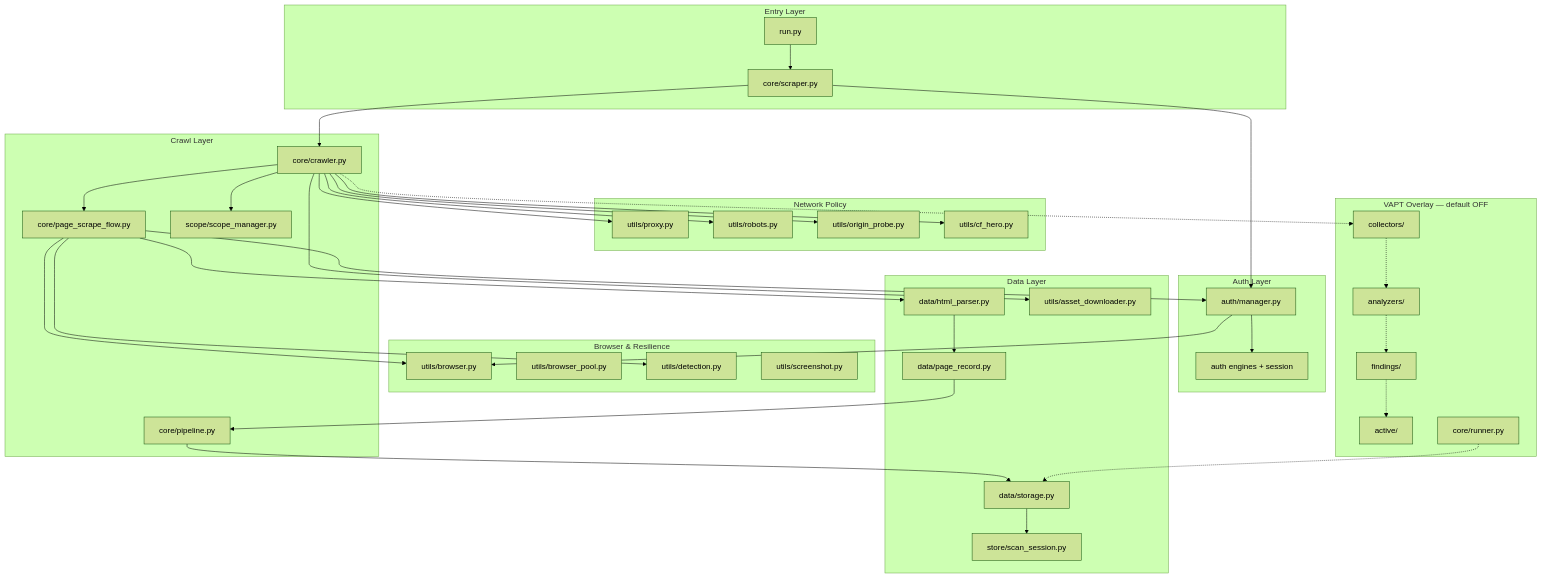
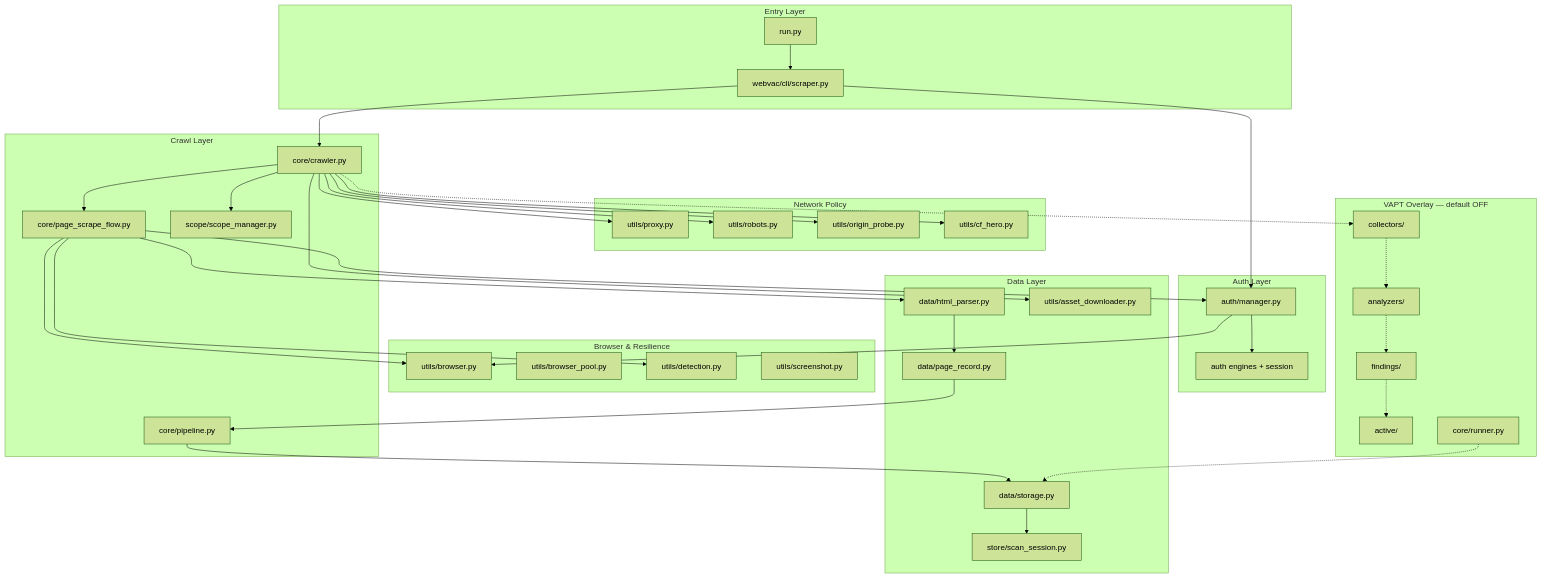
Before and after one commit to Shellghostt/WebVac: the second of 5 diagrams in docs/ARCHITECTURE.md, drawn with Mermaid (forest theme). The commit also changed other lines of this file and 203 other files, not shown here.

````diff
--- a/docs/ARCHITECTURE.md
+++ b/docs/ARCHITECTURE.md
@@ -35,75 +35,75 @@
 ```mermaid
 flowchart TB
   subgraph entry [Entry Layer]
     RunPy[run.py]
-    Scraper[core/scraper.py]
+    Scraper[webvac/cli/scraper.py]
   end
 
   subgraph authLayer [Auth Layer]
     AM[auth/manager.py]
     Engines[auth engines + session]
   end
 
   subgraph crawlLayer [Crawl Layer]
     Crawler[core/crawler.py]
     Flow[core/page_scrape_flow.py]
     Scope[scope/scope_manager.py]
     Pipe[core/pipeline.py]
   end
 
   subgraph browserLayer [Browser & Resilience]
     BM[utils/browser.py]
     Pool[utils/browser_pool.py]
     Det[utils/detection.py]
     Cap[utils/screenshot.py]
   end
 
   subgraph netLayer [Network Policy]
     Proxy[utils/proxy.py]
     Robots[utils/robots.py]
     Origin[utils/origin_probe.py]
     CF[utils/cf_hero.py]
   end
 
   subgraph dataLayer [Data Layer]
     Parse[data/html_parser.py]
     Rec[data/page_record.py]
     Store[data/storage.py]
     Scan[store/scan_session.py]
     Assets[utils/asset_downloader.py]
   end
 
   subgraph vaptLayer [VAPT Overlay — default OFF]
     Coll[collectors/]
     Ana[analyzers/]
     Find[findings/]
     Active[active/]
     Runner[core/runner.py]
   end
 
   RunPy --> Scraper
   Scraper --> AM
   Scraper --> Crawler
   AM --> Engines
   AM --> BM
   Crawler --> Flow
   Crawler --> Scope
   Flow --> BM
   Flow --> Det
   Flow --> AM
   Crawler --> Proxy
   Crawler --> Robots
   Crawler --> Origin
   Crawler --> CF
   Flow --> Parse
   Parse --> Rec
   Rec --> Pipe
   Pipe --> Store
   Store --> Scan
   Crawler --> Assets
   Crawler -.-> Coll
   Coll -.-> Ana
   Ana -.-> Find
   Find -.-> Active
   Runner -.-> Store
 ```
````
